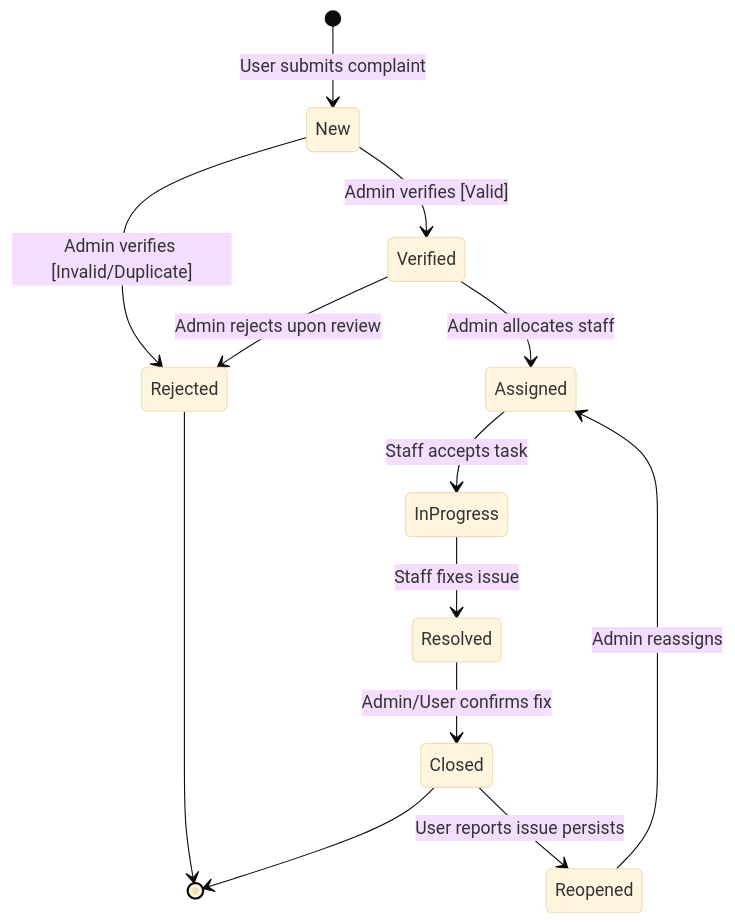
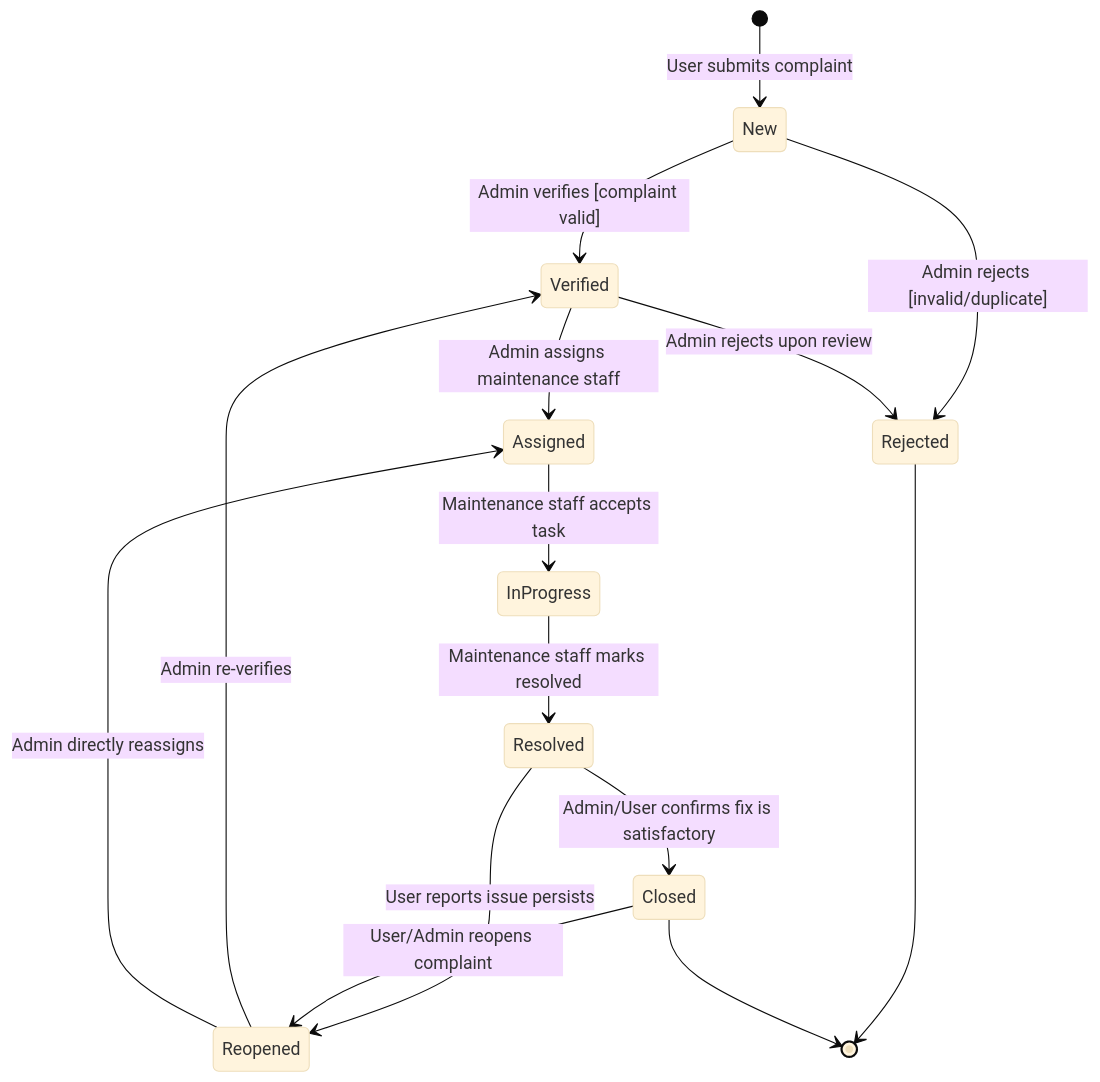
Before and after one commit to karthikeyangullipalli/Campus-Complaint-Maintenance-Management-System: the diagram in docs/uml/state/state-diagram.md, drawn with Mermaid (base theme). The commit also changed other lines of this file and 31 other files, not shown here.

````diff
--- a/docs/uml/state/state-diagram.md
+++ b/docs/uml/state/state-diagram.md
@@ -5,22 +10,25 @@
 ```mermaid
 stateDiagram-v2
     [*] --> New : User submits complaint
-    
-    New --> Verified : Admin verifies [Valid]
-    New --> Rejected : Admin verifies [Invalid/Duplicate]
-    
+
+    New --> Verified : Admin verifies [complaint valid]
+    New --> Rejected : Admin rejects [invalid/duplicate]
+
+    Verified --> Assigned : Admin assigns maintenance staff
     Verified --> Rejected : Admin rejects upon review
-    Verified --> Assigned : Admin allocates staff
-    
-    Assigned --> InProgress : Staff accepts task
-    
-    InProgress --> Resolved : Staff fixes issue
-    
-    Resolved --> Closed : Admin/User confirms fix
-    
-    Closed --> Reopened : User reports issue persists
-    Reopened --> Assigned : Admin reassigns
-    
+
+    Assigned --> InProgress : Maintenance staff accepts task
+
+    InProgress --> Resolved : Maintenance staff marks resolved
+
+    Resolved --> Closed : Admin/User confirms fix is satisfactory
+    Resolved --> Reopened : User reports issue persists
+
+    Closed --> Reopened : User/Admin reopens complaint
+
+    Reopened --> Verified : Admin re-verifies
+    Reopened --> Assigned : Admin directly reassigns
+
     Rejected --> [*]
     Closed --> [*]
 ```
````
